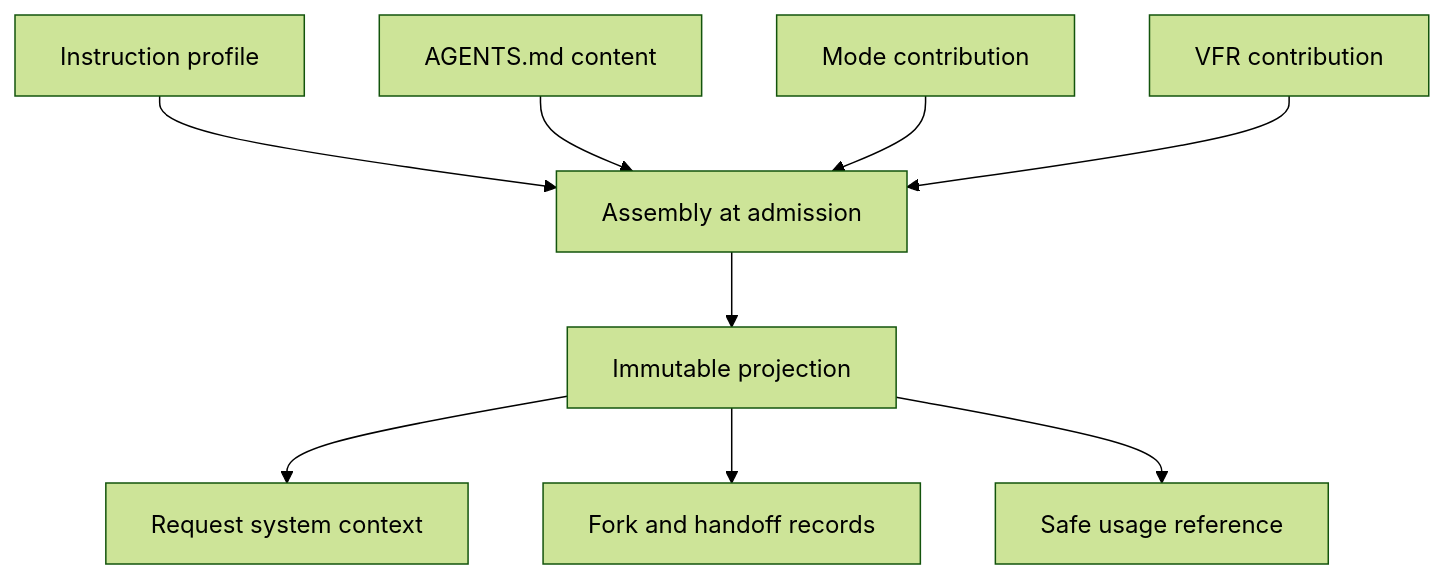
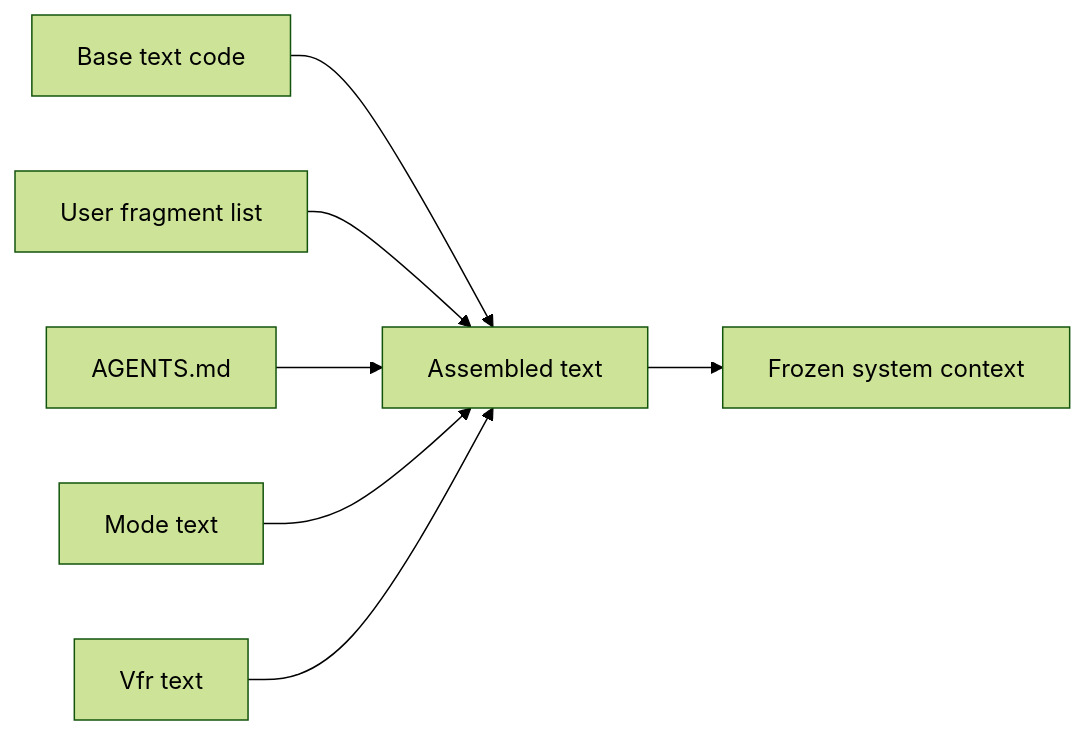
Before and after one commit to y0tsy/intention-relay: the diagram in docs/intention-relay/architecture/30-instruction-sources-and-system-context.md, drawn with Mermaid (forest theme). The commit also changed other lines of this file and 7 other files, not shown here.

First line of the commit message:
docs(architecture): reduce instructions to one fragment list and frozen text

````diff
--- a/docs/intention-relay/architecture/30-instruction-sources-and-system-context.md
+++ b/docs/intention-relay/architecture/30-instruction-sources-and-system-context.md
@@ -100,11 +58,9 @@
 ```mermaid
-flowchart TD
-  P[Instruction profile] --> A[Assembly at admission]
-  W[AGENTS.md content] --> A
-  M[Mode contribution] --> A
-  V[VFR contribution] --> A
-  A --> J[Immutable projection]
-  J --> R[Request system context]
-  J --> F[Fork and handoff records]
-  J --> D[Safe usage reference]
+flowchart LR
+  B[Base text code] --> J[Assembled text]
+  U[User fragment list] --> J
+  A[AGENTS.md] --> J
+  M[Mode text] --> J
+  V[Vfr text] --> J
+  J --> S[Frozen system context]
 ```
````
